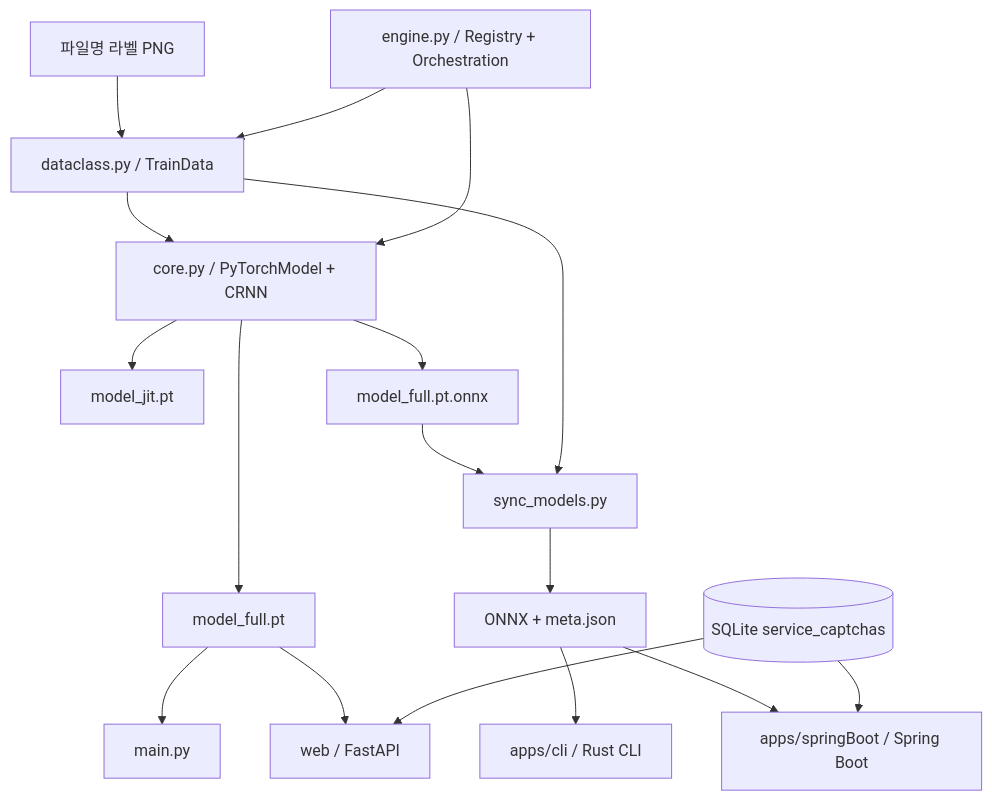
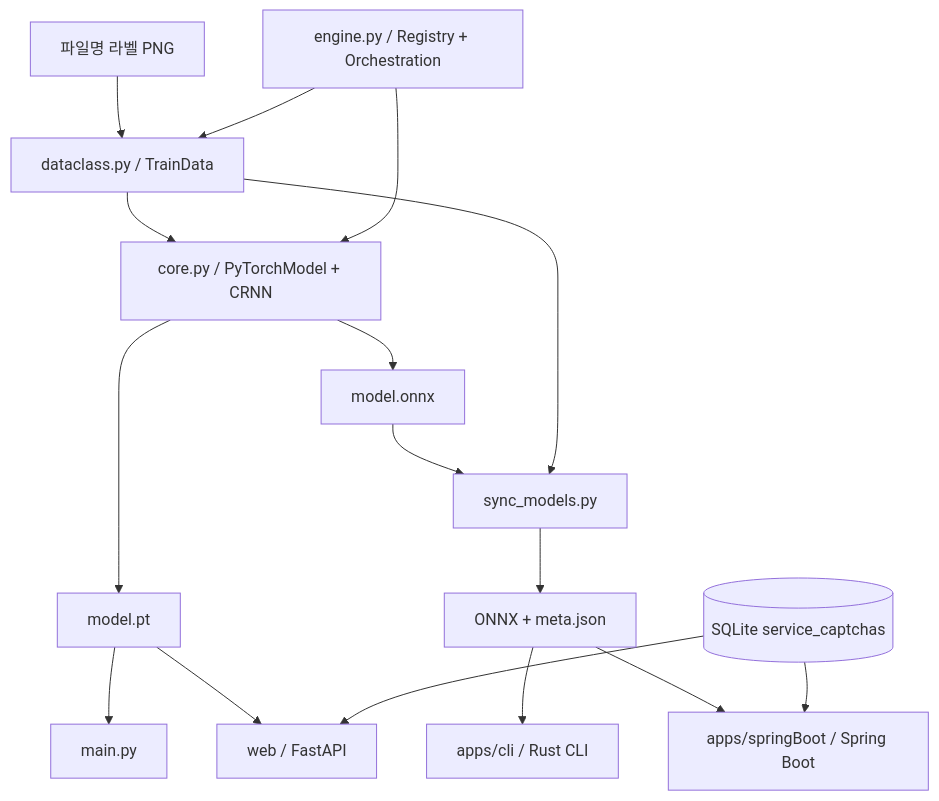
One commit to itsocool/captcha-solver changed the first of 2 diagrams in docs/codebase-analysis.md. Above: the diagram before and after it, drawn with Mermaid. The commit also changed other lines of this file and 29 other files, not shown here.

First line of the commit message:
refactor(model): 아티팩트를 model.pt/model.onnx 로 개명하고 가중치 정합성 복구

````diff
--- a/docs/codebase-analysis.md
+++ b/docs/codebase-analysis.md
@@ -19,19 +19,18 @@
 ```mermaid
 graph TD
     Images[파일명 라벨 PNG] --> TD[dataclass.py / TrainData]
     TD --> Core[core.py / PyTorchModel + CRNN]
     Engine[engine.py / Registry + Orchestration] --> TD
     Engine --> Core
-    Core --> PT[model_full.pt]
-    Core --> JIT[model_jit.pt]
-    Core --> ONNX[model_full.pt.onnx]
+    Core --> PT[model.pt]
+    Core --> ONNX[model.onnx]
     PT --> CLIpy[main.py]
     PT --> FastAPI[web / FastAPI]
     ONNX --> Sync[sync_models.py]
     TD --> Sync
     Sync --> Portable[ONNX + meta.json]
     Portable --> Rust[apps/cli / Rust CLI]
     Portable --> Spring[apps/springBoot / Spring Boot]
     DB[(SQLite service_captchas)] --> FastAPI
     DB --> Spring
 ```
````
